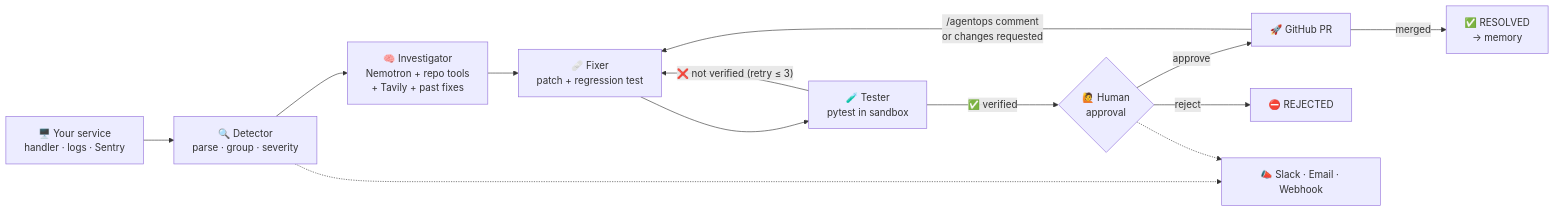
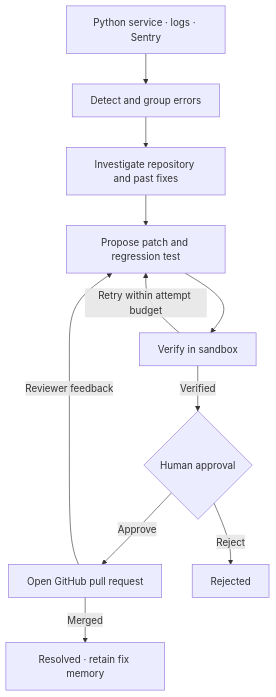
Before and after one commit to yasmeenmh90-beep/NIVIDA-agentops-ai: the diagram in README.md, drawn with Mermaid. The commit also changed other lines of this file and 48 other files, not shown here.

````diff
--- a/README.md
+++ b/README.md
@@ -85,15 +96,13 @@
 ```mermaid
-flowchart LR
-    A["🖥️ Your service<br/>handler · logs · Sentry"] --> B["🔍 Detector<br/>parse · group · severity"]
-    B --> C["🧠 Investigator<br/>Nemotron + repo tools<br/>+ Tavily + past fixes"]
-    C --> D["🩹 Fixer<br/>patch + regression test"]
-    D --> E["🧪 Tester<br/>pytest in sandbox"]
-    E -- "❌ not verified (retry ≤ 3)" --> D
-    E -- "✅ verified" --> F{"🙋 Human<br/>approval"}
-    F -- approve --> G["🚀 GitHub PR"]
-    F -- reject --> R["⛔ REJECTED"]
-    G -- "/agentops comment<br/>or changes requested" --> D
-    G -- merged --> H["✅ RESOLVED<br/>→ memory"]
-    B -.-> N["📣 Slack · Email · Webhook"]
-    F -.-> N
+flowchart TD
+    A["Python service · logs · Sentry"] --> B["Detect and group errors"]
+    B --> C["Investigate repository and past fixes"]
+    C --> D["Propose patch and regression test"]
+    D --> E["Verify in sandbox"]
+    E -->|"Retry within attempt budget"| D
+    E -->|"Verified"| F{"Human approval"}
+    F -->|"Approve"| G["Open GitHub pull request"]
+    F -->|"Reject"| R["Rejected"]
+    G -->|"Reviewer feedback"| D
+    G -->|"Merged"| H["Resolved · retain fix memory"]
 ```
````
